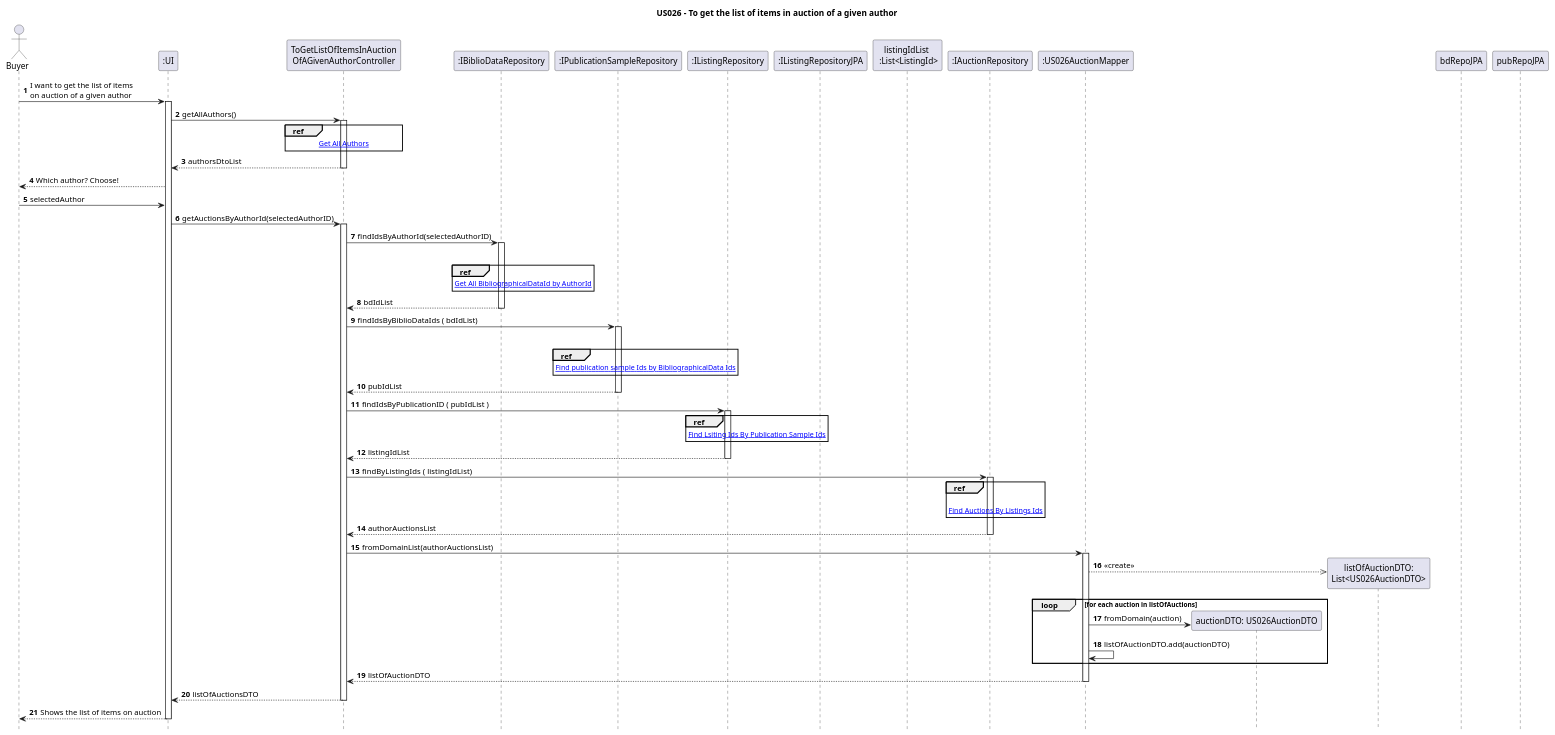
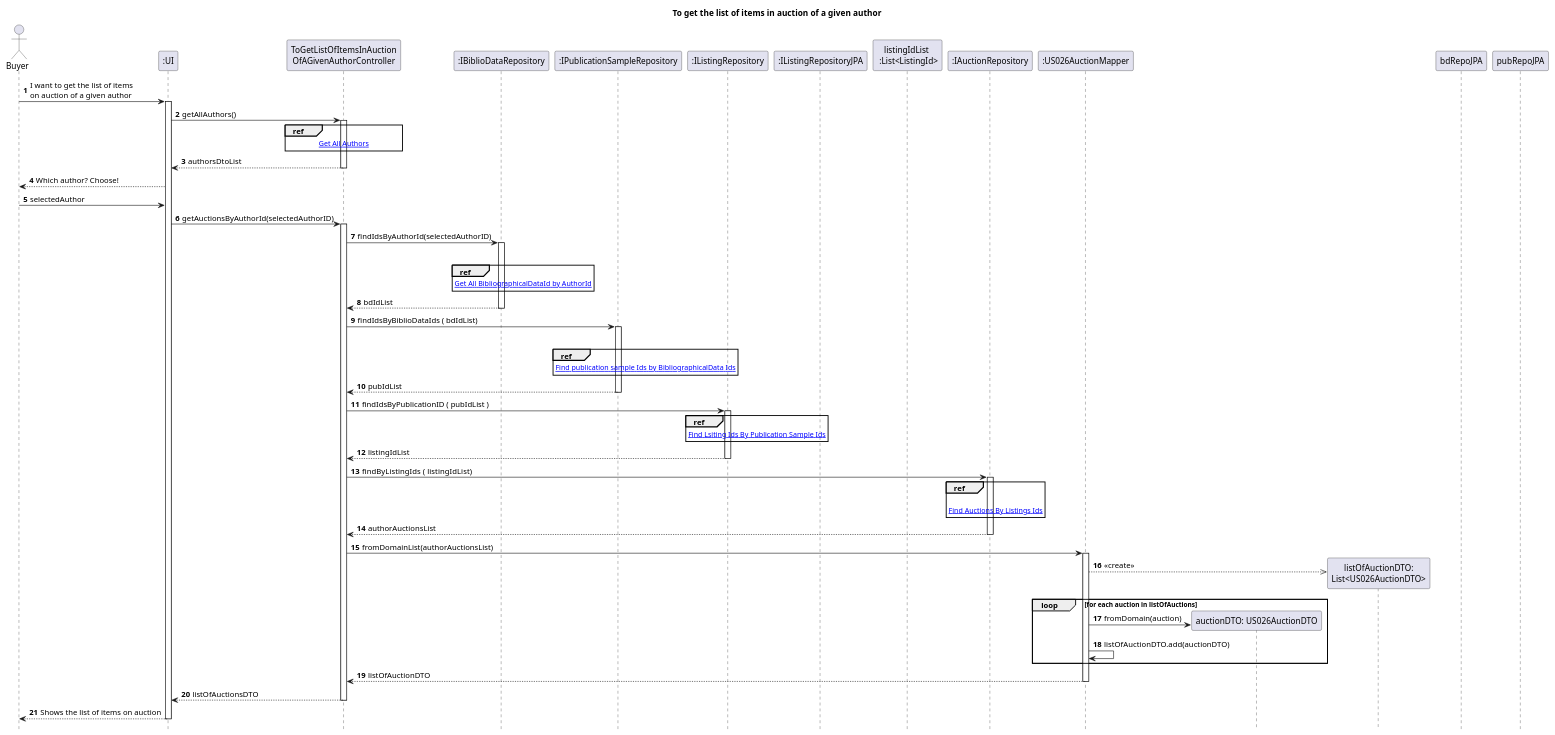
One commit to AndrePereiraGitH/SWitCH-Project-Team_A changed the diagram in Diagrams/SequenceDiagrams/N2/To-get-list-of-items-in-auction-of-a-given-author/1.MainDiagram.puml. Above: the diagram before and after it, drawn with PlantUML. The commit also changed 3 other files, not shown here.

Commit message:
fix #702: rename diagrams

```diff
--- a/Diagrams/SequenceDiagrams/N2/To-get-list-of-items-in-auction-of-a-given-author/1.MainDiagram.puml
+++ b/Diagrams/SequenceDiagrams/N2/To-get-list-of-items-in-auction-of-a-given-author/1.MainDiagram.puml
@@ -1,121 +1,121 @@
 @startuml
 hide footbox
 autonumber
-title US026 - To get the list of items in auction of a given author
+title To get the list of items in auction of a given author
 
 actor Buyer
 
 participant ":UI" as UI
 participant "ToGetListOfItemsInAuction\nOfAGivenAuthorController" as Ctrl
 
 participant ":IBiblioDataRepository" as bdRepo
 
 participant ":IPublicationSampleRepository" as pubRepo
 
 
 participant ":IListingRepository" as listingRepo
 participant ":IListingRepositoryJPA" as listingRepoJPA
 
 participant "listingIdList \n :List<ListingId>" as listings
 
 
 participant ":IAuctionRepository" as auctionRepository
 
 participant ":US026AuctionMapper" as auctionMapper
 participant "auctionDTO: US026AuctionDTO" as aucDTO
 participant "listOfAuctionDTO:\nList<US026AuctionDTO>" as ListDTO
 
 Buyer -> UI : I want to get the list of items\non auction of a given author
 activate UI
 
 UI -> Ctrl : getAllAuthors()
 activate Ctrl
 
     ref over Ctrl
     [[2.GetAllAuthors.puml Get All Authors]]
     end ref
 
 Ctrl --> UI : authorsDtoList
 deactivate Ctrl
 
 Buyer <-- UI : Which author? Choose!
 
 Buyer -> UI : selectedAuthor
 UI -> Ctrl : getAuctionsByAuthorId(selectedAuthorID)
 activate Ctrl
 
 '---- GET BIBLIOGRAPHICAL DATA IDS BY AUTHOR ID ---------'
 
 Ctrl -> bdRepo : findIdsByAuthorId(selectedAuthorID)
 activate bdRepo
 
     ref over bdRepo
     [[3.FindBiblioDataIdsByAuthorId.puml Get All BibliographicalDataId by AuthorId]]
     end ref
 
 deactivate bdRepoJPA
 
 bdRepo --> Ctrl : bdIdList
 deactivate bdRepo
 
 '----- GET PUBLICATION SAMPLES Ids BY BIBLIODATA ID ---------
 Ctrl -> pubRepo : findIdsByBiblioDataIds ( bdIdList)
 activate pubRepo
 
     ref over pubRepo
     [[4.FindPublicationSampleIdsByBiblioDataIds.puml Find publication sample Ids by BibliographicalData Ids]]
     end ref
 
 deactivate pubRepoJPA
 pubRepo --> Ctrl : pubIdList
 deactivate pubRepo
 
 '----- GET AUCTION LISTING CONTAINING PUB SAMPLES ID --------
 Ctrl -> listingRepo : findIdsByPublicationID ( pubIdList )
 activate listingRepo
 
 ref over listingRepo
 [[5.FindListingIdsByPublicationSampleIds Find Lsiting Ids By Publication Sample Ids]]
 end ref
 
 listingRepo --> Ctrl : listingIdList
 deactivate listingRepo
 
 '----- GET AUCTIONS BY LISTING ID ---------
 Ctrl -> auctionRepository : findByListingIds (  listingIdList)
 activate auctionRepository
 
 ref over auctionRepository
 
 [[6.FindAuctionsByListingIds Find Auctions By Listings Ids]]
 end ref
 
 
 auctionRepository --> Ctrl : authorAuctionsList
 deactivate auctionRepository
 
 
 '--------- CONVERT TO DTO-----------------
 Ctrl -> auctionMapper : fromDomainList(authorAuctionsList)
 activate auctionMapper
 
 auctionMapper -->> ListDTO ** : <<create>>
 
 loop for each auction in listOfAuctions
     auctionMapper -> aucDTO ** : fromDomain(auction)
 
     auctionMapper -> auctionMapper : listOfAuctionDTO.add(auctionDTO)
 end
 
 auctionMapper --> Ctrl : listOfAuctionDTO
     deactivate auctionMapper
 
 
 
 
 Ctrl --> UI : listOfAuctionsDTO
 deactivate Ctrl
 
 UI --> Buyer : Shows the list of items on auction
 deactivate UI
 @enduml
```
